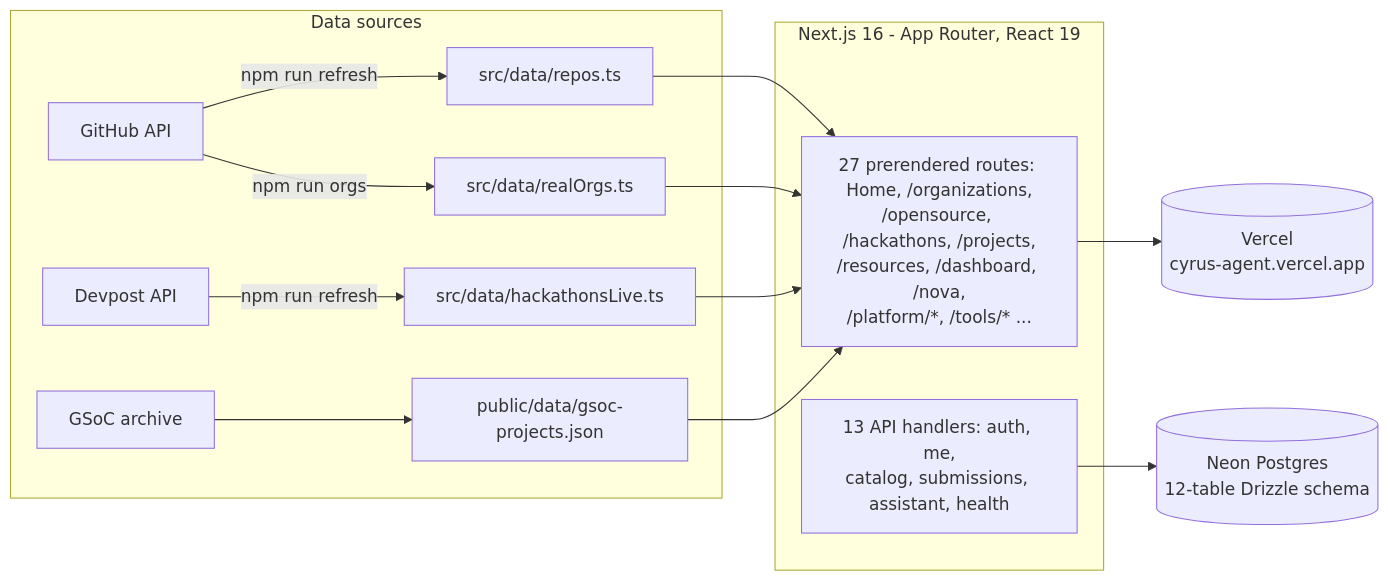
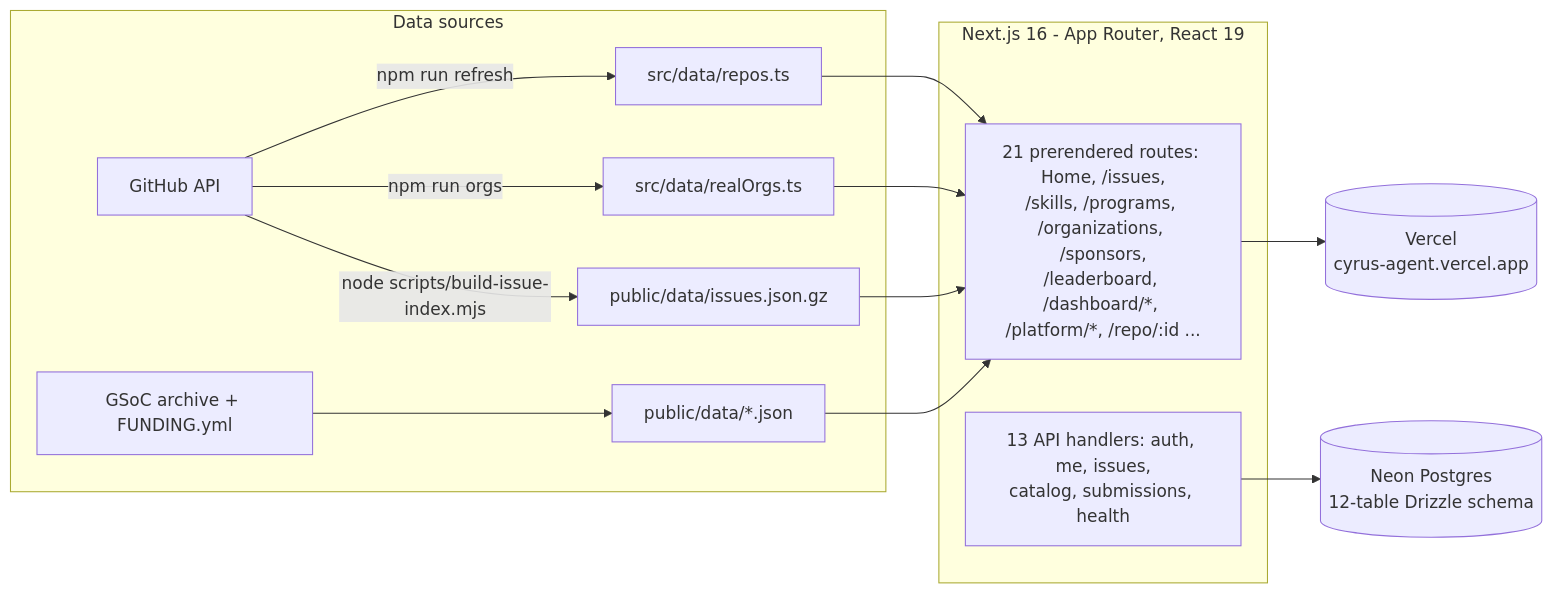
The second of 2 diagrams in README.md (Anshuu2004/cyrus), drawn with Mermaid before and after one commit. The commit also changed other lines of this file and 19 other files, not shown here.

Commit message:
README: rewrite for the current platform - issues, sponsors, programs, dashboard tools - and refresh the screenshot tour

````diff
--- a/README.md
+++ b/README.md
@@ -293,15 +299,15 @@
 ```mermaid
 flowchart LR
     subgraph sources [Data sources]
         GH[GitHub API] -->|npm run refresh| D1[src/data/repos.ts]
         GH -->|npm run orgs| D2[src/data/realOrgs.ts]
-        DP[Devpost API] -->|npm run refresh| D3[src/data/hackathonsLive.ts]
-        SOC[GSoC archive] --> D4[public/data/gsoc-projects.json]
+        GH -->|node scripts/build-issue-index.mjs| D3[public/data/issues.json.gz]
+        SOC[GSoC archive + FUNDING.yml] --> D4[public/data/*.json]
     end
     subgraph app [Next.js 16 - App Router, React 19]
-        D1 & D2 & D3 & D4 --> PAGES[27 prerendered routes: Home, /organizations,<br/>/opensource, /hackathons, /projects,<br/>/resources, /dashboard, /nova,<br/>/platform/*, /tools/* ...]
-        API[13 API handlers: auth, me,<br/>catalog, submissions, assistant, health]
+        D1 & D2 & D3 & D4 --> PAGES[21 prerendered routes: Home, /issues,<br/>/skills, /programs, /organizations, /sponsors,<br/>/leaderboard, /dashboard/*, /platform/*, /repo/:id ...]
+        API[13 API handlers: auth, me, issues,<br/>catalog, submissions, health]
     end
     PAGES --> V[(Vercel<br/>cyrus-agent.vercel.app)]
     API --> DB[(Neon Postgres<br/>12-table Drizzle schema)]
 ```
````
